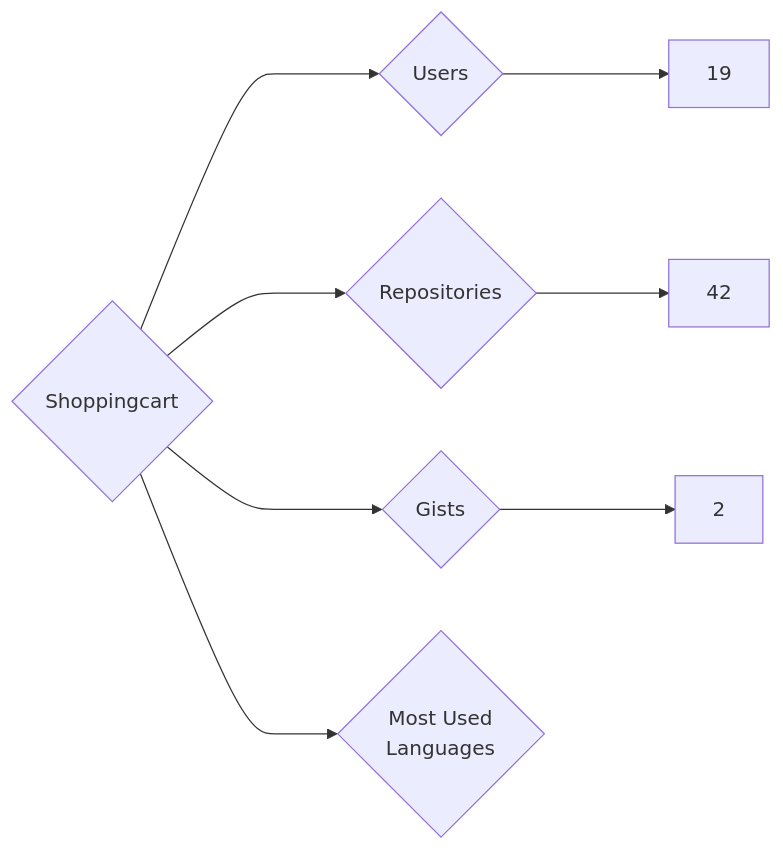
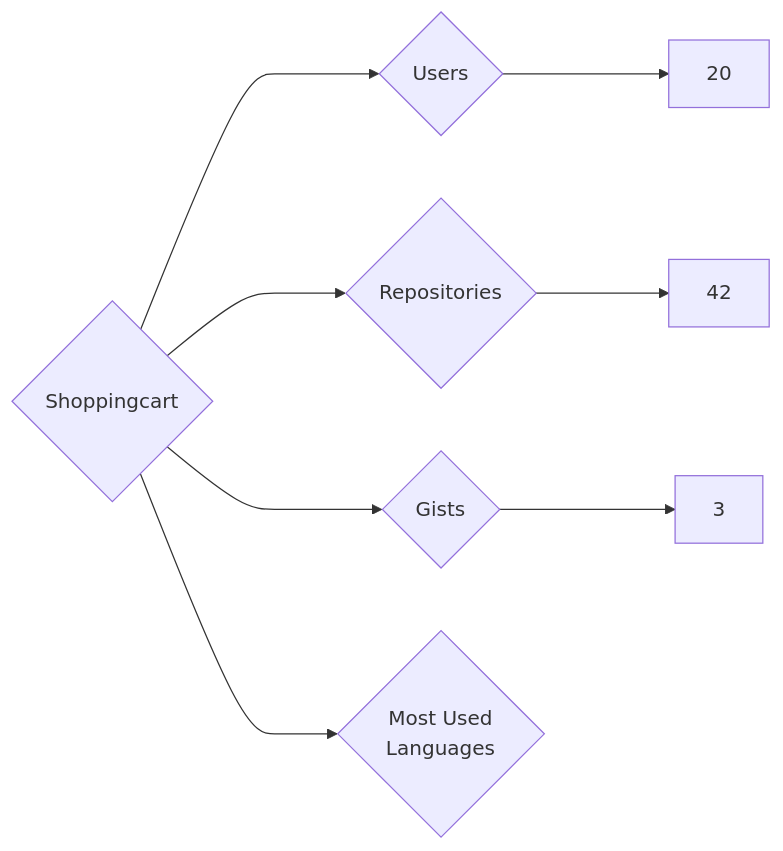
Before and after one commit to nenadzaric/insiders: the diagram in targets/Shoppingcart/README.md, drawn with Mermaid. The commit also changed 1342 other files, not shown here.

````diff
--- a/targets/Shoppingcart/README.md
+++ b/targets/Shoppingcart/README.md
@@ -3,8 +3,8 @@
 ```mermaid
 graph LR
 COMPANY_NAME{Shoppingcart}
-COMPANY_NAME ---> U{Users} ---> UN[19]
+COMPANY_NAME ---> U{Users} ---> UN[20]
 COMPANY_NAME ---> R{Repositories} ---> RN[42]
-COMPANY_NAME ---> G{Gists} ---> GN[2]
+COMPANY_NAME ---> G{Gists} ---> GN[3]
 COMPANY_NAME ---> ML{Most Used<br>Languages}
 ```
````
